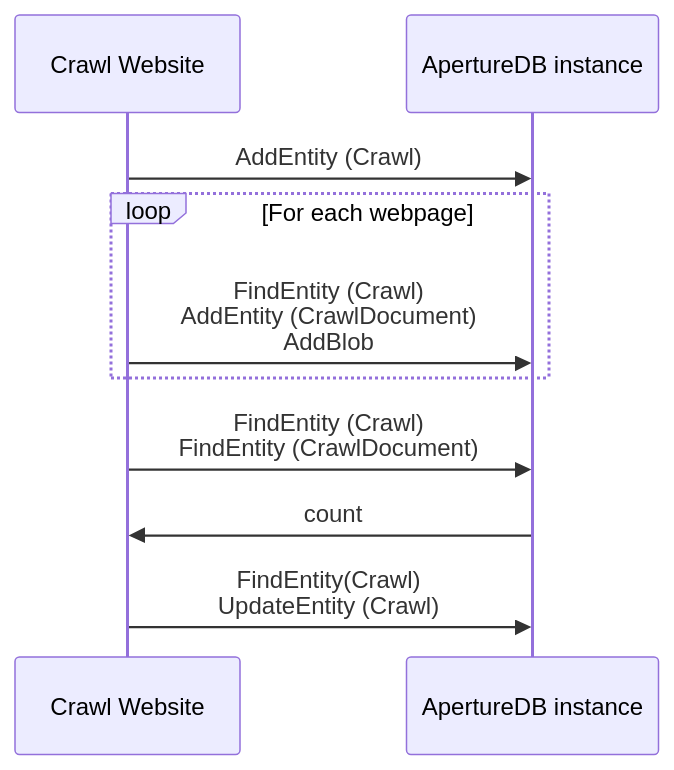
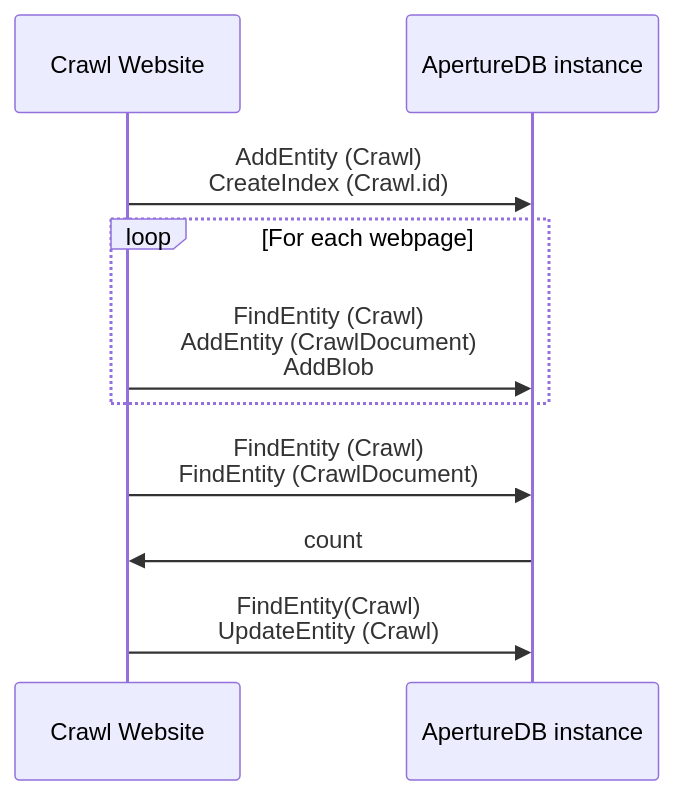
The second of 2 diagrams in apps/crawl-website/README.md (aperture-data/workflows), drawn with Mermaid before and after one commit. The commit also changed other lines of this file, not shown here.

````diff
--- a/apps/crawl-website/README.md
+++ b/apps/crawl-website/README.md
@@ -29,12 +37,12 @@
 ```mermaid
 sequenceDiagram
     participant W as Crawl Website
     participant A as ApertureDB instance
-    W->>A: AddEntity (Crawl)
+    W->>A: AddEntity (Crawl)<br/>CreateIndex (Crawl.id)
     loop For each webpage
         W->>A: FindEntity (Crawl)<br/>AddEntity (CrawlDocument)<br/>AddBlob
     end
     W->>A: FindEntity (Crawl)<br/>FindEntity (CrawlDocument)
     A->>W: count
     W->>A: FindEntity(Crawl)<br/>UpdateEntity (Crawl)
 ```
````
